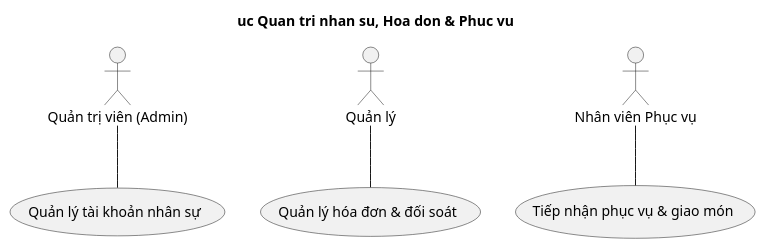
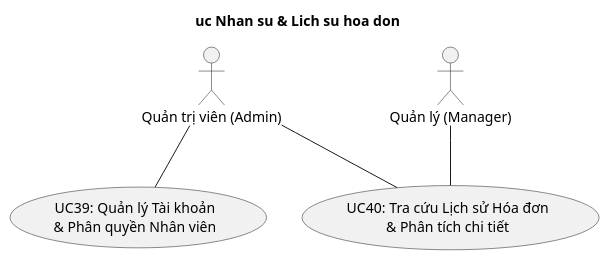
The ninth of 9 diagrams in doc/DacTa_Chuong3_UseCase.md (qu2nishere/HoaDiemCac-backend), drawn with PlantUML before and after one commit. The commit also changed other lines of this file and 2 other files, not shown here.

First line of the commit message:
docs(usecase): synchronize all 42 use cases with UC-new.pdf specifications

````diff
--- a/doc/DacTa_Chuong3_UseCase.md
+++ b/doc/DacTa_Chuong3_UseCase.md
@@ -348,17 +426,14 @@
 ```plantuml
-@startuml uc-nhan-su-hoa-don-phuc-vu
-title uc Quan tri nhan su, Hoa don & Phuc vu
+@startuml uc-nhan-su-hoa-don
+title uc Nhan su & Lich su hoa don
+actor "Quản trị viên (Admin)" as ADMIN
+actor "Quản lý (Manager)" as QL
 
-actor "Quản trị viên (Admin)" as ADMIN
-actor "Quản lý" as QL
-actor "Nhân viên Phục vụ" as NVPV
+usecase "UC39: Quản lý Tài khoản\n& Phân quyền Nhân viên" as UC39
+usecase "UC40: Tra cứu Lịch sử Hóa đơn\n& Phân tích chi tiết" as UC40
 
-usecase "Quản lý tài khoản nhân sự" as UC36
-usecase "Quản lý hóa đơn & đối soát" as UC37
-usecase "Tiếp nhận phục vụ & giao món" as UC38
-
-ADMIN -- UC36
-QL -- UC37
-NVPV -- UC38
+ADMIN -- UC39
+ADMIN -- UC40
+QL -- UC40
 @enduml
 ```
````
